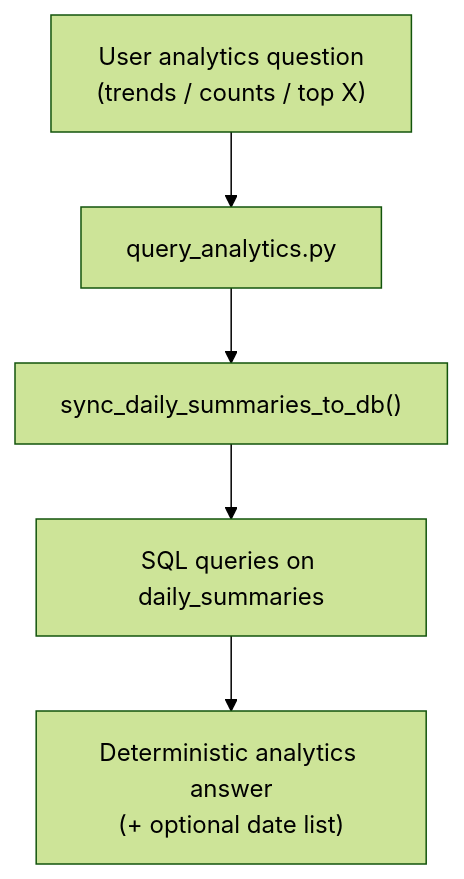
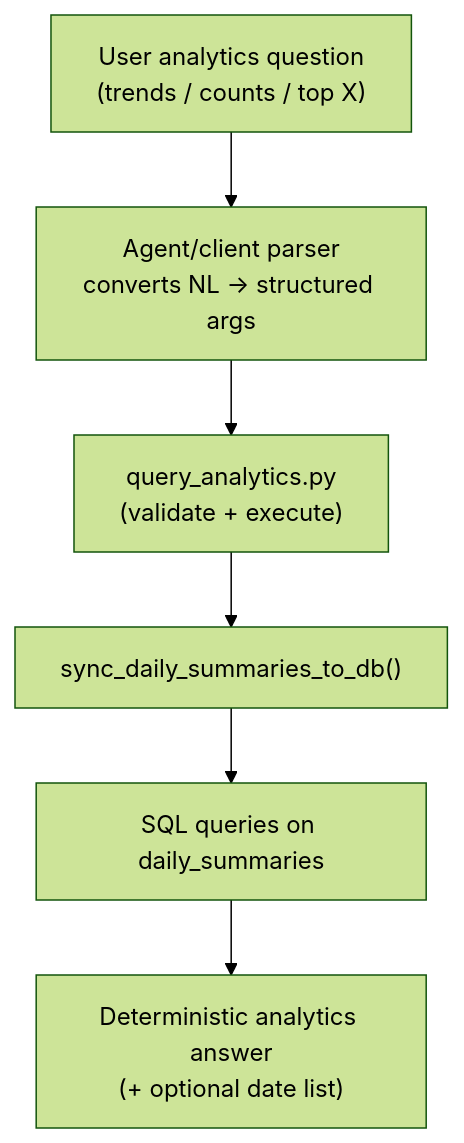
The fourth of 4 diagrams in src/skills/memory_engine/ARCHITECTURE.md (nouverse-tech/nouva-mcp-server), drawn with Mermaid (forest theme) before and after one commit. The commit also changed other lines of this file and 5 other files, not shown here.

First line of the commit message:
refactor(analytics): make query_analytics use structured input only

````diff
--- a/src/skills/memory_engine/ARCHITECTURE.md
+++ b/src/skills/memory_engine/ARCHITECTURE.md
@@ -167,7 +173,8 @@
 ```mermaid
 flowchart TD
-  U["User analytics question\n(trends / counts / top X)"] --> QA["query_analytics.py"]
+  U["User analytics question\n(trends / counts / top X)"] --> AGENT["Agent/client parser\nconverts NL -> structured args"]
+  AGENT --> QA["query_analytics.py\n(validate + execute)"]
   QA --> SYNC["sync_daily_summaries_to_db()"]
   SYNC --> SQL["SQL queries on daily_summaries"]
   SQL --> OUT["Deterministic analytics answer\n(+ optional date list)"]
 ```
````
